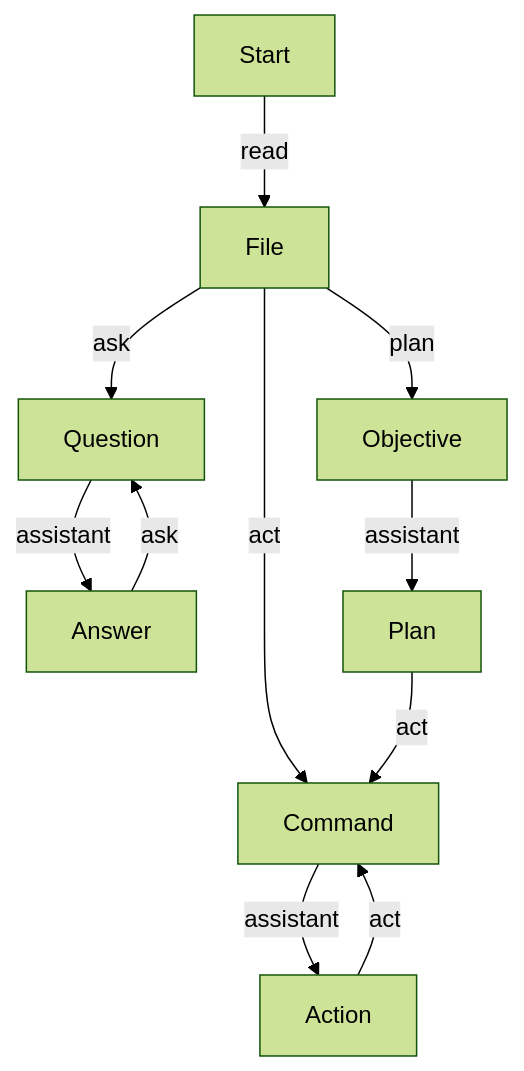
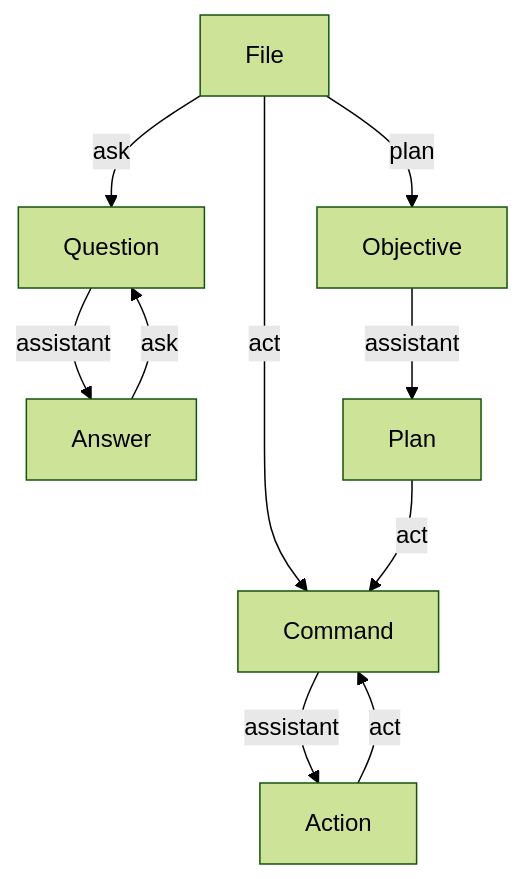
One commit to agabor/minicmd changed the diagram in README.md. Above: the diagram before and after it, drawn with Mermaid (forest theme).

Commit message:
update diagram

````diff
--- a/README.md
+++ b/README.md
@@ -164,13 +164,12 @@
 ```mermaid
 graph TD
-    Start-->|read| File
     File -->|ask| Question
     File -->|act| Command
     File -->|plan| Objective
     Question -->|assistant| Answer
     Answer -->|ask| Question
     Command -->|assistant| Action
     Action -->|act| Command
     Objective -->|assistant| Plan
     Plan -->|act| Command
 ```
````
